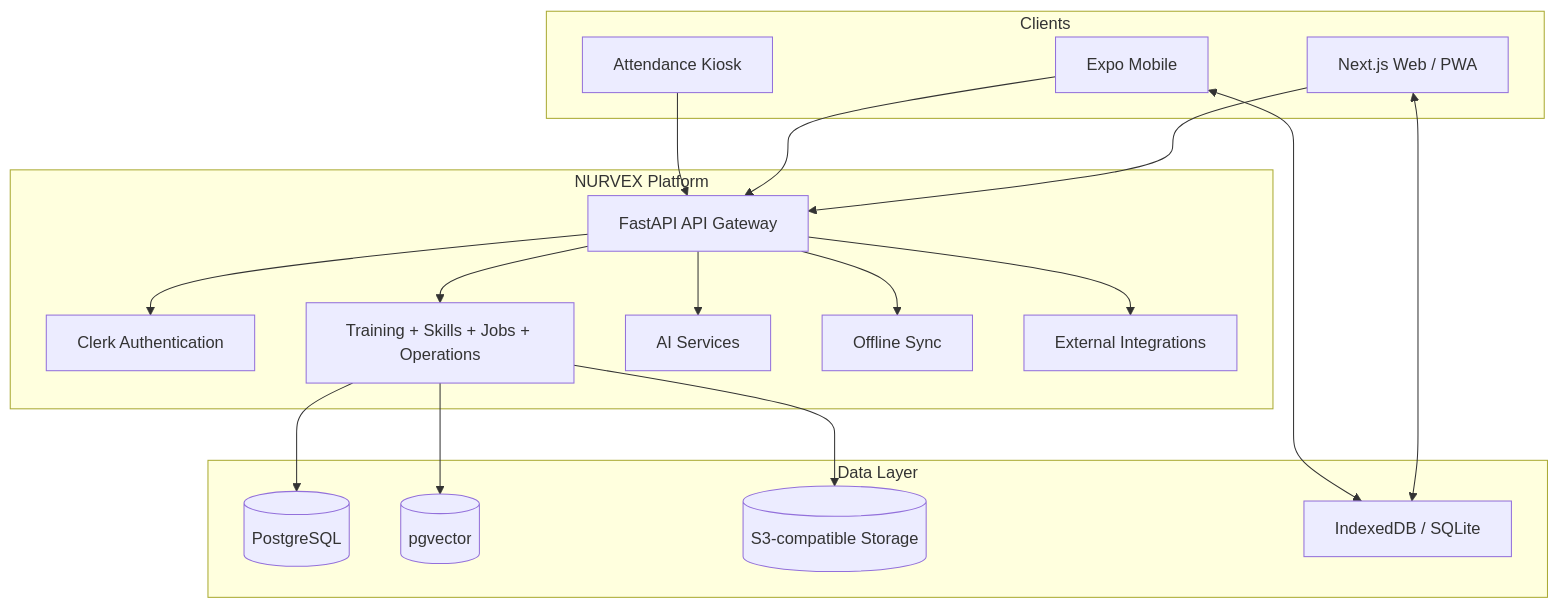
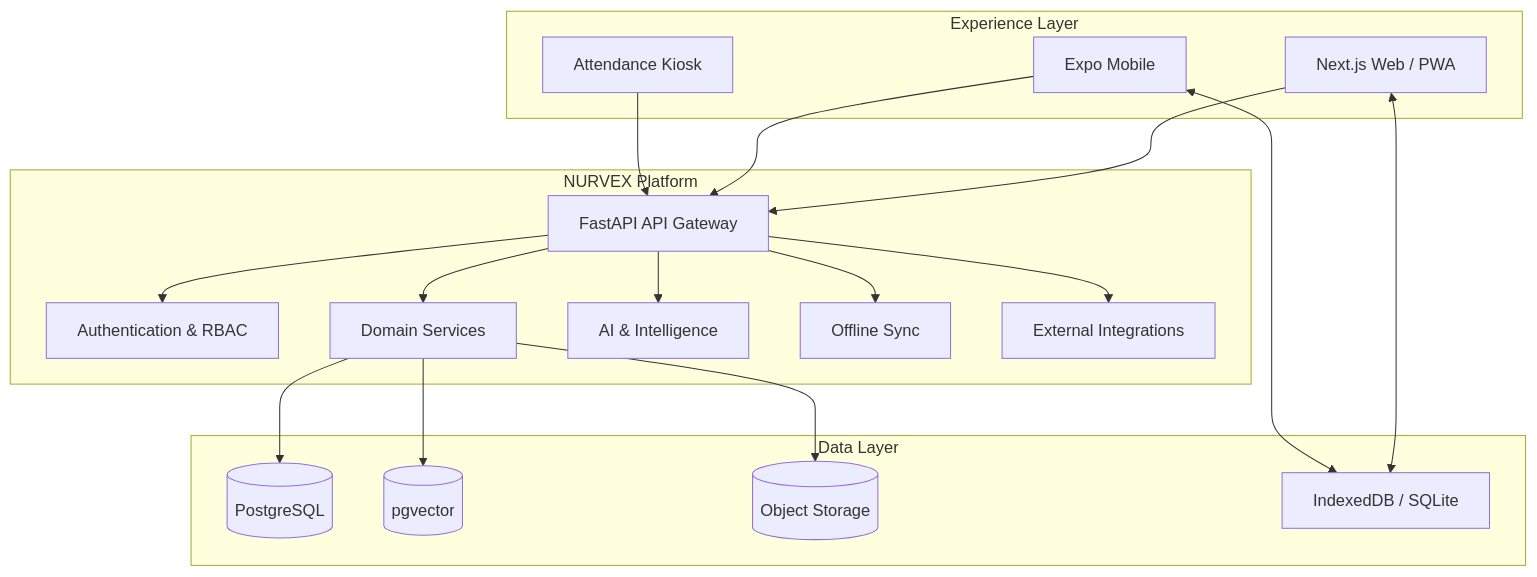
The diagram in README.md (mittai17/Cooperative-EcoSystem), drawn with Mermaid before and after one commit. The commit also changed other lines of this file, not shown here.

````diff
--- a/README.md
+++ b/README.md
@@ -319,41 +382,41 @@
 ```mermaid
 flowchart TB
-    subgraph Clients
-        WEB[Next.js Web / PWA]
-        MOBILE[Expo Mobile]
-        KIOSK[Attendance Kiosk]
+    subgraph Experience["Experience Layer"]
+        WEB["Next.js Web / PWA"]
+        MOBILE["Expo Mobile"]
+        KIOSK["Attendance Kiosk"]
     end
 
-    subgraph Backend["NURVEX Platform"]
-        API[FastAPI API Gateway]
-        AUTH[Clerk Authentication]
-        DOMAIN[Training + Skills + Jobs + Operations]
-        AI[AI Services]
-        SYNC[Offline Sync]
-        INTEGRATIONS[External Integrations]
+    subgraph Platform["NURVEX Platform"]
+        API["FastAPI API Gateway"]
+        AUTH["Authentication & RBAC"]
+        CORE["Domain Services"]
+        AI["AI & Intelligence"]
+        SYNC["Offline Sync"]
+        EXT["External Integrations"]
     end
 
     subgraph Data["Data Layer"]
-        PG[(PostgreSQL)]
-        VECTOR[(pgvector)]
-        OBJECT[(S3-compatible Storage)]
-        CACHE[IndexedDB / SQLite]
+        PG[("PostgreSQL")]
+        VECTOR[("pgvector")]
+        OBJECT[("Object Storage")]
+        LOCAL["IndexedDB / SQLite"]
     end
 
     WEB --> API
     MOBILE --> API
     KIOSK --> API
 
-    WEB <--> CACHE
-    MOBILE <--> CACHE
+    WEB <--> LOCAL
+    MOBILE <--> LOCAL
 
     API --> AUTH
-    API --> DOMAIN
+    API --> CORE
     API --> AI
     API --> SYNC
-    API --> INTEGRATIONS
+    API --> EXT
 
-    DOMAIN --> PG
-    DOMAIN --> VECTOR
-    DOMAIN --> OBJECT
+    CORE --> PG
+    CORE --> VECTOR
+    CORE --> OBJECT
 ```
````
